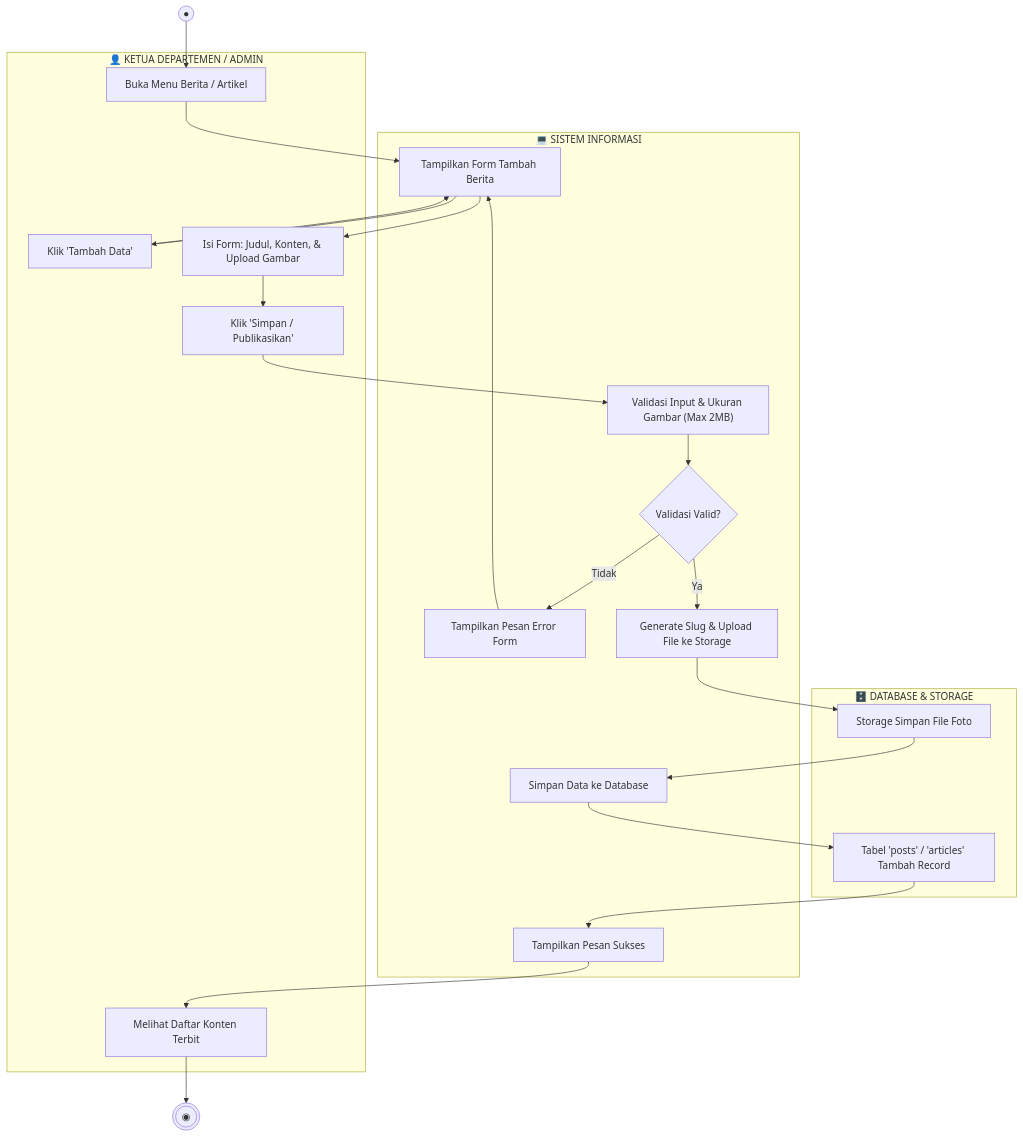
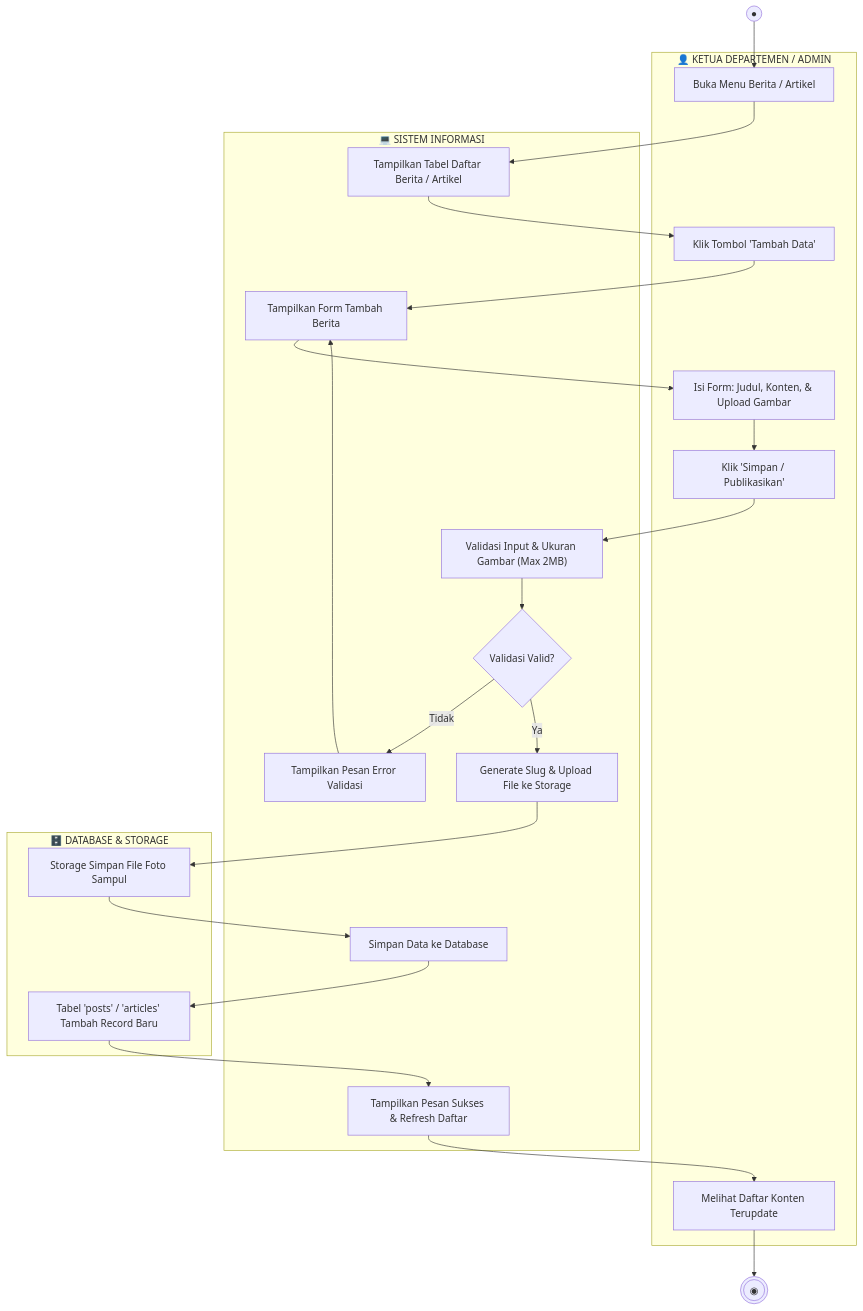
Before and after one commit to rizalmhmd/pk-ipnu-ippnu: the third of 7 diagrams in ACTIVITY_DIAGRAM.md, drawn with Mermaid. The commit also changed other lines of this file and 13 other files, not shown here.

````diff
--- a/ACTIVITY_DIAGRAM.md
+++ b/ACTIVITY_DIAGRAM.md
@@ -99,32 +106,33 @@
 ```mermaid
 flowchart TD
     Start((●))
     EndNode(((◉)))
 
     subgraph Dept["👤 KETUA DEPARTEMEN / ADMIN"]
         K1["Buka Menu Berita / Artikel"]
-        K2["Klik 'Tambah Data'"]
+        K2["Klik Tombol 'Tambah Data'"]
         K3["Isi Form: Judul, Konten, & Upload Gambar"]
         K4["Klik 'Simpan / Publikasikan'"]
-        K5["Melihat Daftar Konten Terbit"]
+        K5["Melihat Daftar Konten Terupdate"]
     end
 
     subgraph SistemKonten["💻 SISTEM INFORMASI"]
-        SK1["Tampilkan Form Tambah Berita"]
-        SK2["Validasi Input & Ukuran Gambar (Max 2MB)"]
-        SK3{"Validasi Valid?"}
-        SK4["Tampilkan Pesan Error Form"]
-        SK5["Generate Slug & Upload File ke Storage"]
-        SK6["Simpan Data ke Database"]
-        SK7["Tampilkan Pesan Sukses"]
+        SK1["Tampilkan Tabel Daftar Berita / Artikel"]
+        SK2["Tampilkan Form Tambah Berita"]
+        SK3["Validasi Input & Ukuran Gambar (Max 2MB)"]
+        SK4{"Validasi Valid?"}
+        SK5["Tampilkan Pesan Error Validasi"]
+        SK6["Generate Slug & Upload File ke Storage"]
+        SK7["Simpan Data ke Database"]
+        SK8["Tampilkan Pesan Sukses & Refresh Daftar"]
     end
 
     subgraph DBKonten["🗄️ DATABASE & STORAGE"]
-        DK1["Storage Simpan File Foto"]
-        DK2["Tabel 'posts' / 'articles' Tambah Record"]
+        DK1["Storage Simpan File Foto Sampul"]
+        DK2["Tabel 'posts' / 'articles' Tambah Record Baru"]
     end
 
-    Start --> K1 --> SK1 --> K2 --> SK1 --> K3 --> K4 --> SK2 --> SK3
-    SK3 -- "Tidak" --> SK4 --> SK1
-    SK3 -- "Ya" --> SK5 --> DK1 --> SK6 --> DK2 --> SK7 --> K5 --> EndNode
+    Start --> K1 --> SK1 --> K2 --> SK2 --> K3 --> K4 --> SK3 --> SK4
+    SK4 -- "Tidak" --> SK5 --> SK2
+    SK4 -- "Ya" --> SK6 --> DK1 --> SK7 --> DK2 --> SK8 --> K5 --> EndNode
 ```
````
